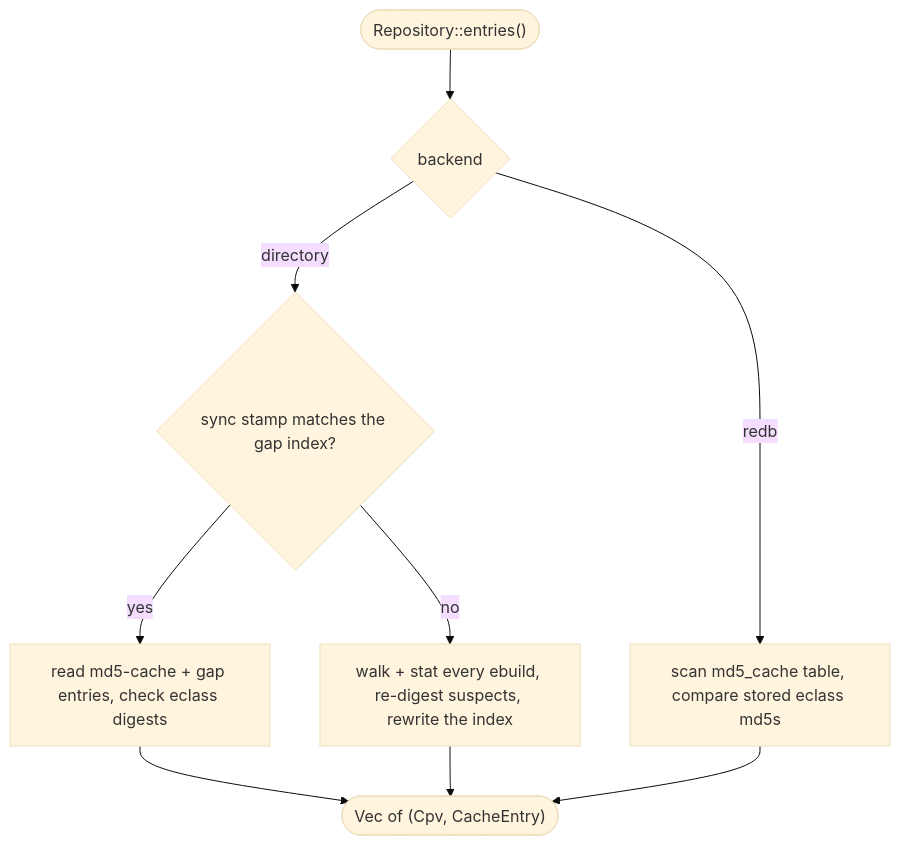
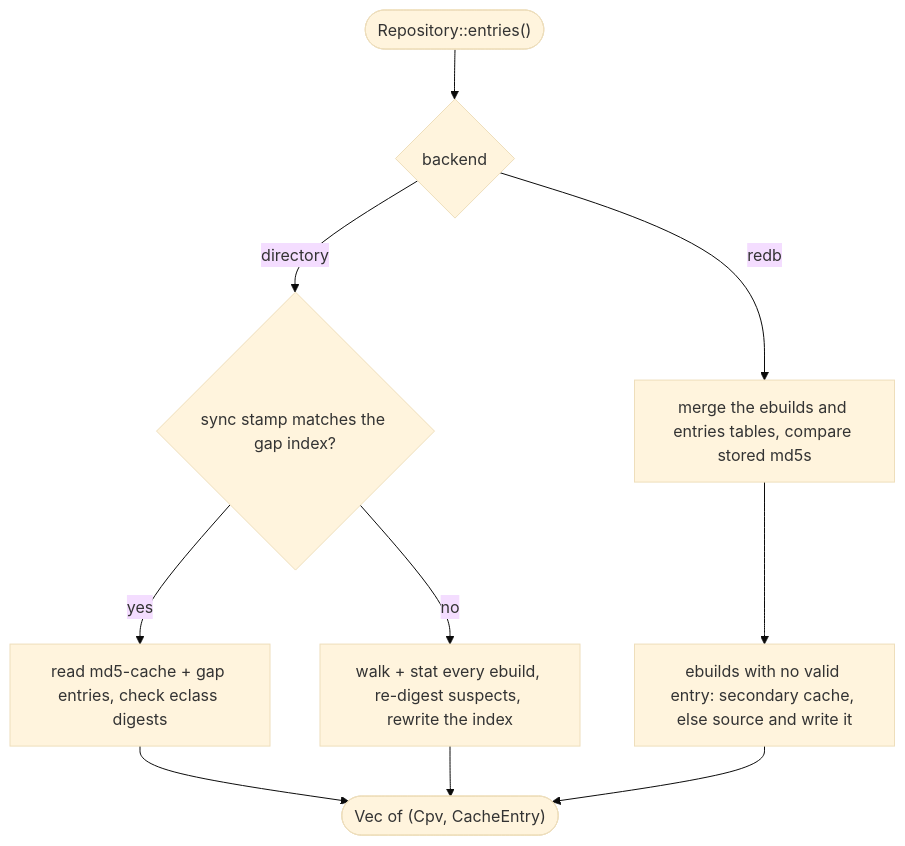
The third of 6 diagrams in docs/design/tree-storage.md (lu-zero/portage-cli), drawn with Mermaid (base theme) before and after one commit. The commit also changed other lines of this file and 3 other files, not shown here.

First line of the commit message:
feat(repo): redb fills the entries its md5-cache database lacks

````diff
--- a/docs/design/tree-storage.md
+++ b/docs/design/tree-storage.md
@@ -127,11 +127,12 @@
 ```mermaid
 flowchart TB
   start(["Repository::entries()"]) --> which{"backend"}
   which -->|directory| idx{"sync stamp matches the gap index?"}
   idx -->|yes| fast["read md5-cache + gap entries, check eclass digests"]
   idx -->|no| slow["walk + stat every ebuild, re-digest suspects, rewrite the index"]
-  which -->|redb| scan["scan md5_cache table, compare stored eclass md5s"]
+  which -->|redb| scan["merge the ebuilds and entries tables, compare stored md5s"]
+  scan --> gaps["ebuilds with no valid entry: secondary cache, else source and write it"]
   fast --> out(["Vec of (Cpv, CacheEntry)"])
   slow --> out
-  scan --> out
+  gaps --> out
 ```
````
